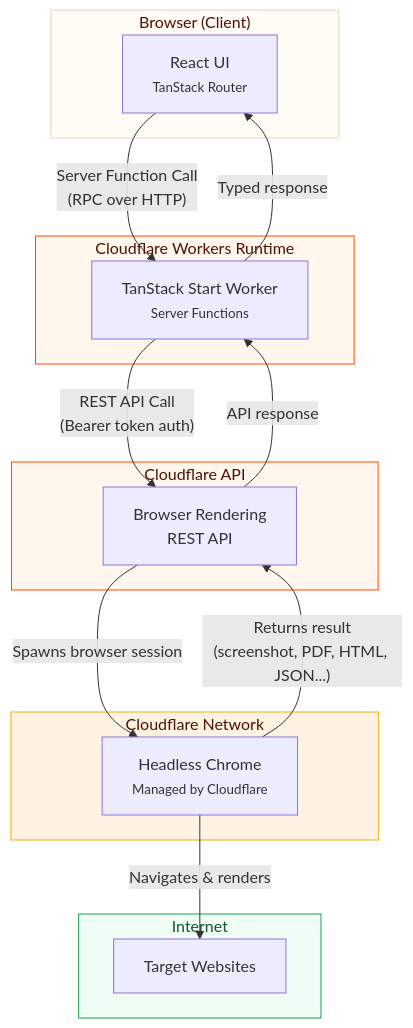
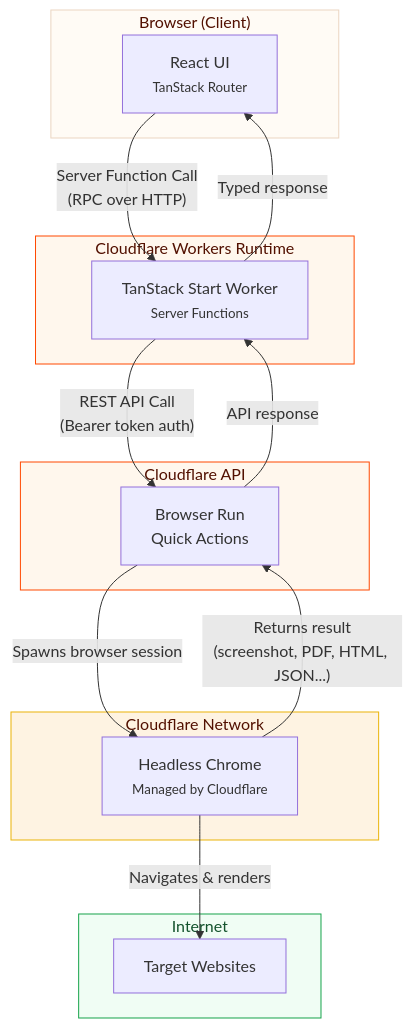
One commit to Gryczka/cloudflare-browser-rendering-demo changed the diagram in README.md. Above: the diagram before and after it, drawn with Mermaid. The commit also changed other lines of this file and 16 other files, not shown here.

````diff
--- a/README.md
+++ b/README.md
@@ -36,36 +38,36 @@
 ```mermaid
 graph TB
     subgraph Browser["Browser (Client)"]
         UI["React UI<br/><small>TanStack Router</small>"]
     end
 
     subgraph CF["Cloudflare Workers Runtime"]
         Worker["TanStack Start Worker<br/><small>Server Functions</small>"]
     end
 
     subgraph CFAPI["Cloudflare API"]
-        BR["Browser Rendering<br/>REST API"]
+        BR["Browser Run<br/>Quick Actions"]
     end
 
     subgraph Chrome["Cloudflare Network"]
         HC["Headless Chrome<br/><small>Managed by Cloudflare</small>"]
     end
 
     subgraph Target["Internet"]
         Web["Target Websites"]
     end
 
     UI -- "Server Function Call<br/>(RPC over HTTP)" --> Worker
     Worker -- "REST API Call<br/>(Bearer token auth)" --> BR
     BR -- "Spawns browser session" --> HC
     HC -- "Navigates & renders" --> Web
     HC -- "Returns result<br/>(screenshot, PDF, HTML, JSON...)" --> BR
     BR -- "API response" --> Worker
     Worker -- "Typed response" --> UI
 
     style Browser fill:#fffbf5,stroke:#ebd5c1,color:#521000
     style CF fill:#fff7ed,stroke:#ff4801,color:#521000
     style CFAPI fill:#fff7ed,stroke:#ff4801,color:#521000
     style Chrome fill:#fef3e2,stroke:#eab308,color:#521000
     style Target fill:#f0fdf4,stroke:#16a34a,color:#14532d
 ```
````
